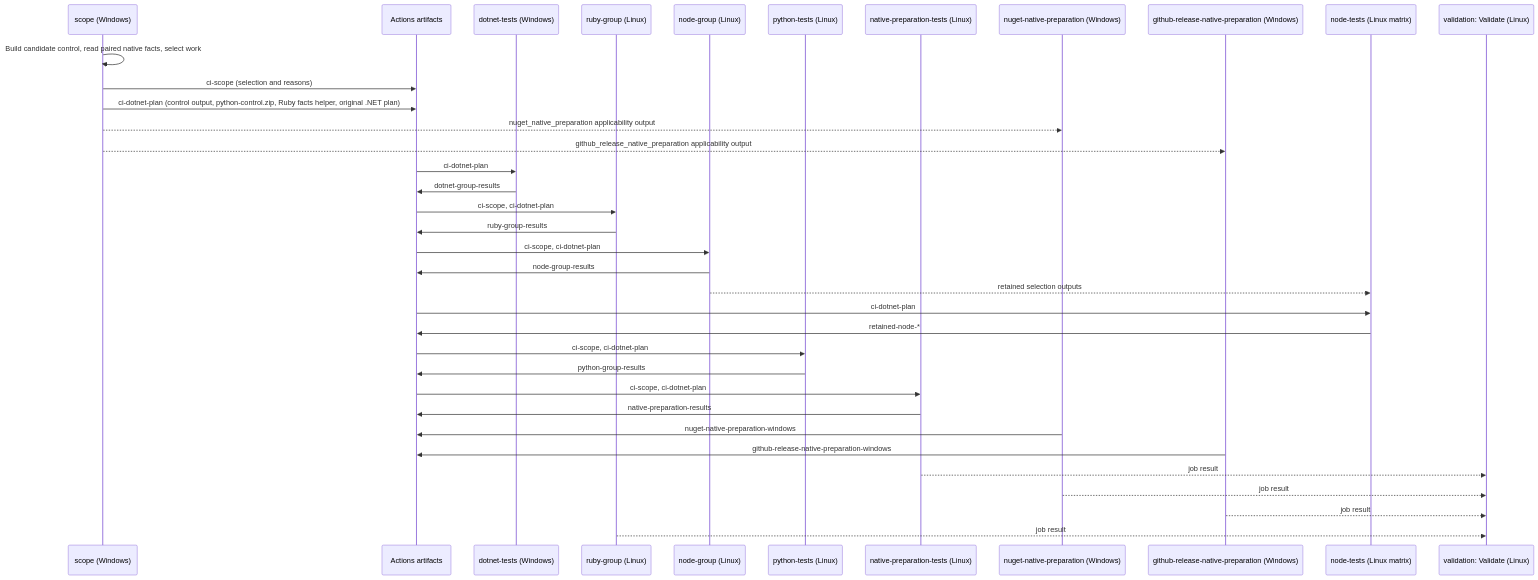
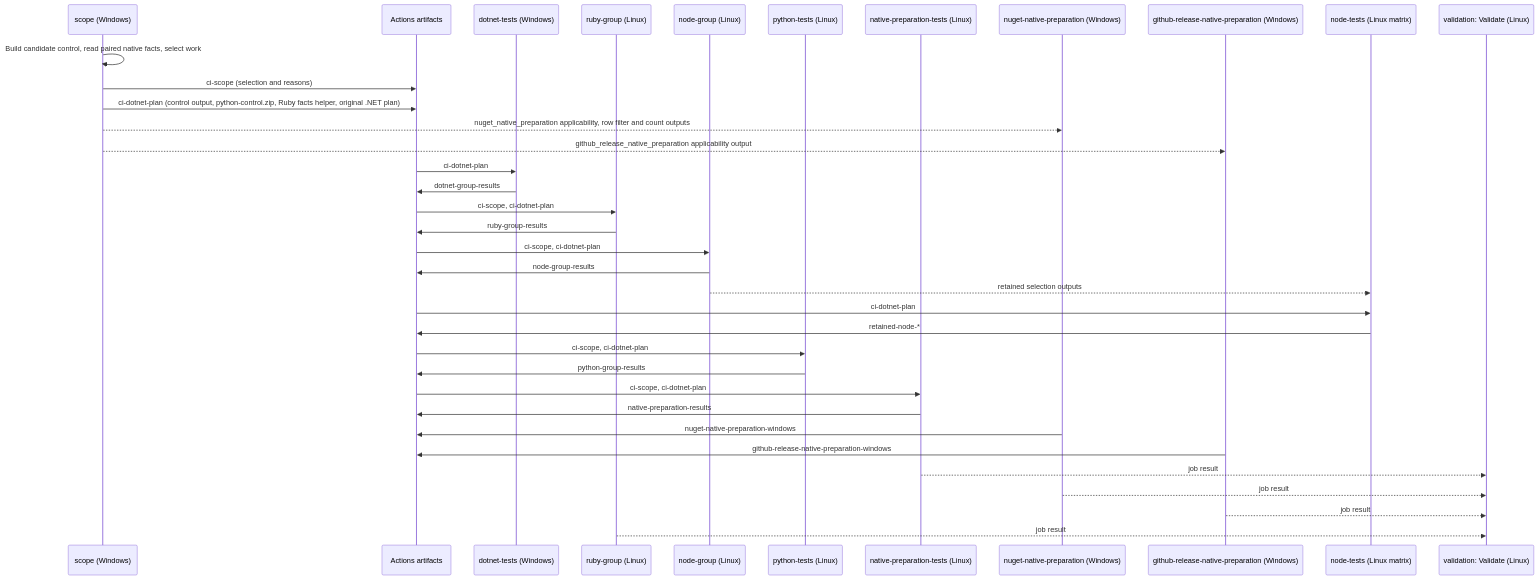
Before and after one commit to hcoona/three: the diagram in src/private/app/workflow-delivery/docs/middle-level-design.md, drawn with Mermaid. The commit also changed 10 other files, not shown here.

First line of the commit message:
ci(workflow-delivery): Select NuGet Preparation Rows by Changed Unit

````diff
--- a/src/private/app/workflow-delivery/docs/middle-level-design.md
+++ b/src/private/app/workflow-delivery/docs/middle-level-design.md
@@ -472,38 +472,38 @@
 ```mermaid
 sequenceDiagram
     participant Scope as scope (Windows)
     participant Store as Actions artifacts
     participant DotNet as dotnet-tests (Windows)
     participant Ruby as ruby-group (Linux)
     participant Node as node-group (Linux)
     participant Python as python-tests (Linux)
     participant Prep as native-preparation-tests (Linux)
     participant NuGet as nuget-native-preparation (Windows)
     participant Github as github-release-native-preparation (Windows)
     participant NodeTests as node-tests (Linux matrix)
     participant Validate as validation: Validate (Linux)
     Scope->>Scope: Build candidate control, read paired native facts, select work
     Scope->>Store: ci-scope (selection and reasons)
     Scope->>Store: ci-dotnet-plan (control output, python-control.zip, Ruby facts helper, original .NET plan)
-    Scope-->>NuGet: nuget_native_preparation applicability output
+    Scope-->>NuGet: nuget_native_preparation applicability, row filter and count outputs
     Scope-->>Github: github_release_native_preparation applicability output
     Store->>DotNet: ci-dotnet-plan
     DotNet->>Store: dotnet-group-results
     Store->>Ruby: ci-scope, ci-dotnet-plan
     Ruby->>Store: ruby-group-results
     Store->>Node: ci-scope, ci-dotnet-plan
     Node->>Store: node-group-results
     Node-->>NodeTests: retained selection outputs
     Store->>NodeTests: ci-dotnet-plan
     NodeTests->>Store: retained-node-*
     Store->>Python: ci-scope, ci-dotnet-plan
     Python->>Store: python-group-results
     Store->>Prep: ci-scope, ci-dotnet-plan
     Prep->>Store: native-preparation-results
     NuGet->>Store: nuget-native-preparation-windows
     Github->>Store: github-release-native-preparation-windows
     Prep-->>Validate: job result
     NuGet-->>Validate: job result
     Github-->>Validate: job result
     Ruby-->>Validate: job result
 ```
````
